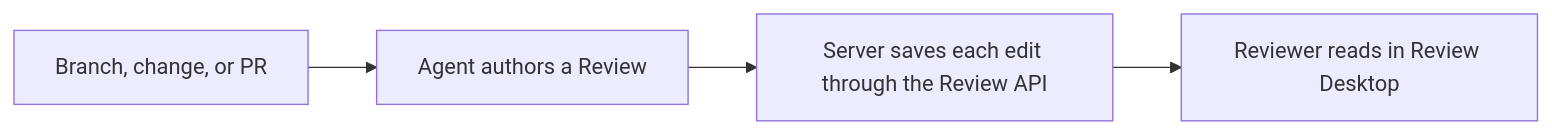
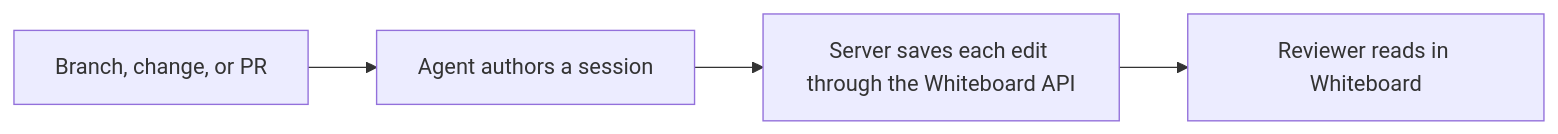
Before and after one commit to devdotfast/review: the diagram in docs/how-review-works.md, drawn with Mermaid. The commit also changed other lines of this file and 14 other files, not shown here.

````diff
--- a/docs/how-review-works.md
+++ b/docs/how-review-works.md
@@ -11,6 +11,6 @@
 ```mermaid
 flowchart LR
-  A[Branch, change, or PR] --> B[Agent authors a Review]
-  B --> C[Server saves each edit through the Review API]
-  C --> D[Reviewer reads in Review Desktop]
+  A[Branch, change, or PR] --> B[Agent authors a session]
+  B --> C[Server saves each edit through the Whiteboard API]
+  C --> D[Reviewer reads in Whiteboard]
 ```
````
